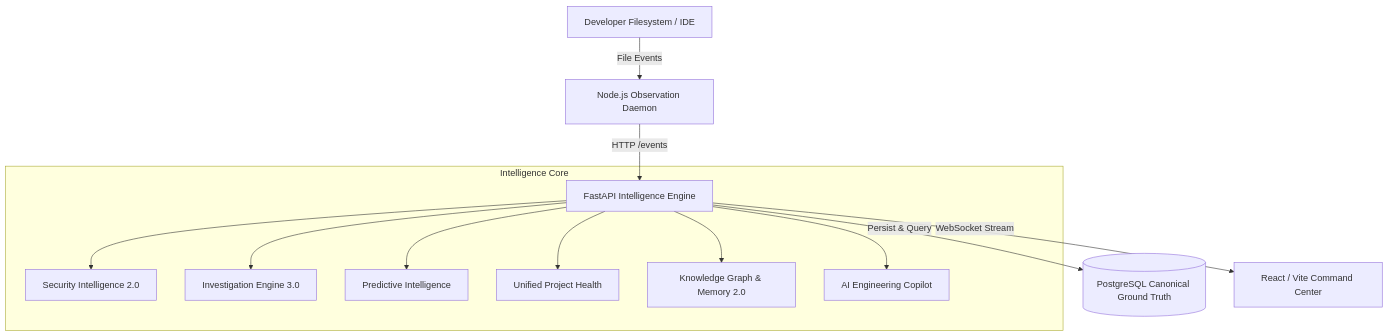
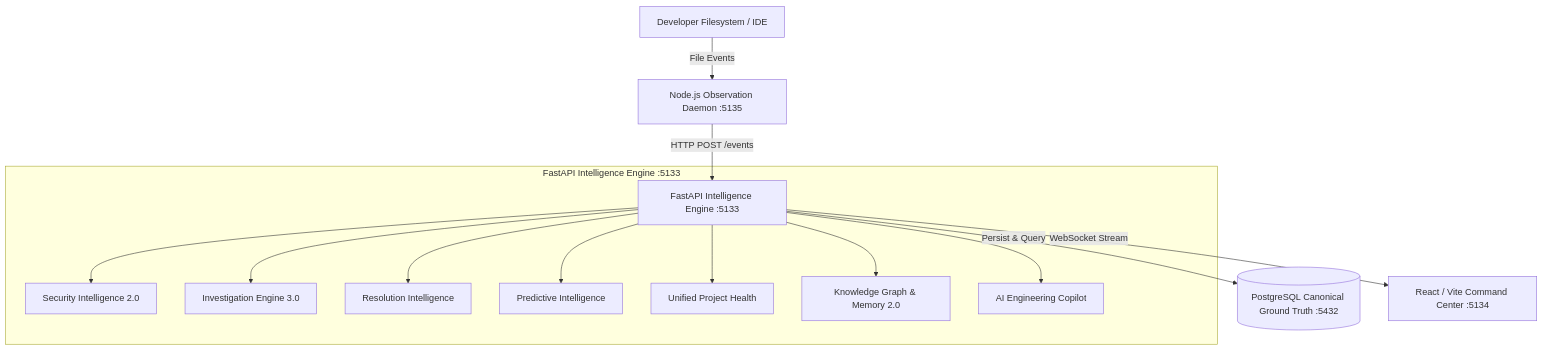
Before and after one commit to sanket200511/VibePulse: the diagram in README.md, drawn with Mermaid. The commit also changed other lines of this file and 51 other files, not shown here.

````diff
--- a/README.md
+++ b/README.md
@@ -65,16 +66,17 @@
 ```mermaid
 flowchart TD
-    IDE[Developer Filesystem / IDE] -->|File Events| Daemon[Node.js Observation Daemon]
-    Daemon -->|HTTP /events| API[FastAPI Intelligence Engine]
-    API -->|Persist & Query| DB[(PostgreSQL Canonical Ground Truth)]
-    API -->|WebSocket Stream| UI[React / Vite Command Center]
+    IDE[Developer Filesystem / IDE] -->|File Events| Daemon[Node.js Observation Daemon :5135]
+    Daemon -->|HTTP POST /events| API[FastAPI Intelligence Engine :5133]
+    API -->|Persist & Query| DB[(PostgreSQL Canonical Ground Truth :5432)]
+    API -->|WebSocket Stream| UI[React / Vite Command Center :5134]
 
-    subgraph Intelligence Core
+    subgraph Intelligence Core [FastAPI Intelligence Engine :5133]
         API --> SEC[Security Intelligence 2.0]
         API --> INV[Investigation Engine 3.0]
+        API --> RES[Resolution Intelligence]
         API --> PRED[Predictive Intelligence]
         API --> HEALTH[Unified Project Health]
         API --> KG[Knowledge Graph & Memory 2.0]
         API --> COPILOT[AI Engineering Copilot]
     end
 ```
````
